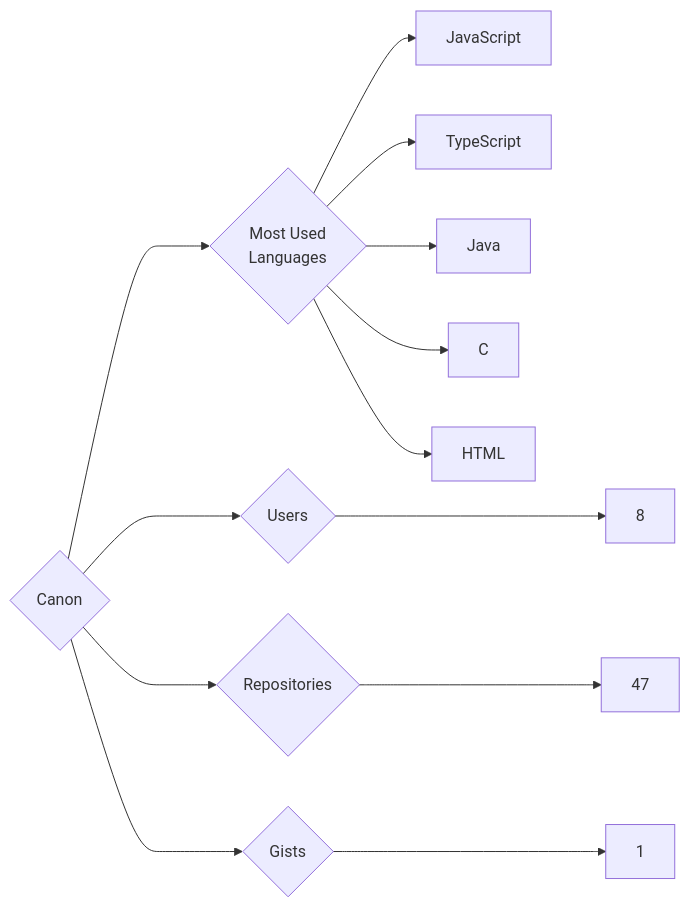
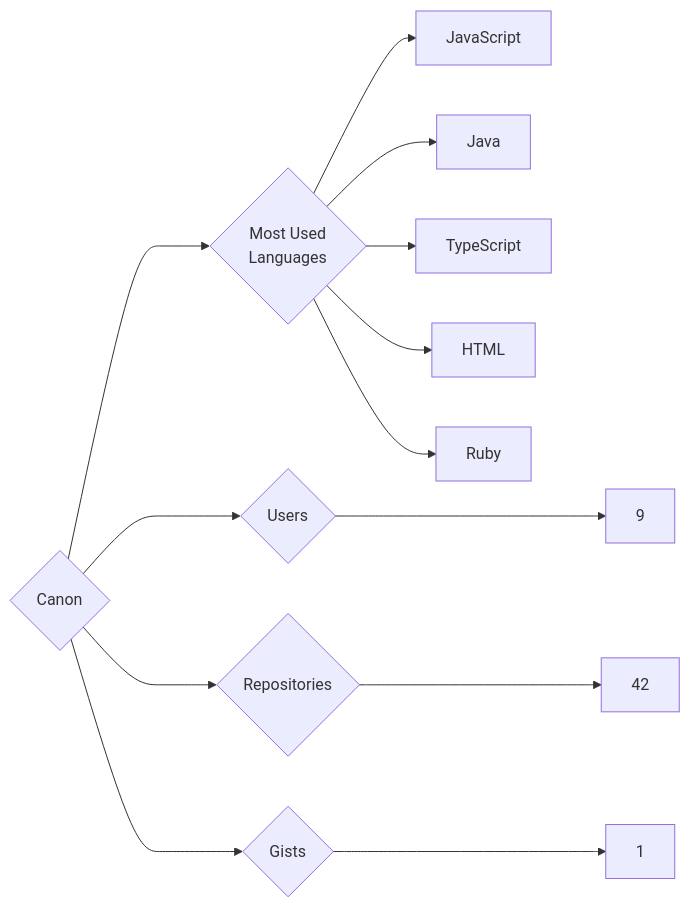
One commit to trickest/insiders changed the diagram in targets/Canon/README.md. Above: the diagram before and after it, drawn with Mermaid. The commit also changed 714 other files, not shown here.

````diff
--- a/targets/Canon/README.md
+++ b/targets/Canon/README.md
@@ -3,13 +3,13 @@
 ```mermaid
 graph LR
 COMPANY_NAME{Canon}
-COMPANY_NAME ---> U{Users} ---> UN[8]
-COMPANY_NAME ---> R{Repositories} ---> RN[47]
+COMPANY_NAME ---> U{Users} ---> UN[9]
+COMPANY_NAME ---> R{Repositories} ---> RN[42]
 COMPANY_NAME ---> G{Gists} ---> GN[1]
 COMPANY_NAME ---> ML{Most Used<br>Languages}
 ML --> JavaScript[JavaScript]
+ML --> Java[Java]
 ML --> TypeScript[TypeScript]
-ML --> Java[Java]
-ML --> C[C]
 ML --> HTML[HTML]
+ML --> Ruby[Ruby]
 ```
````
